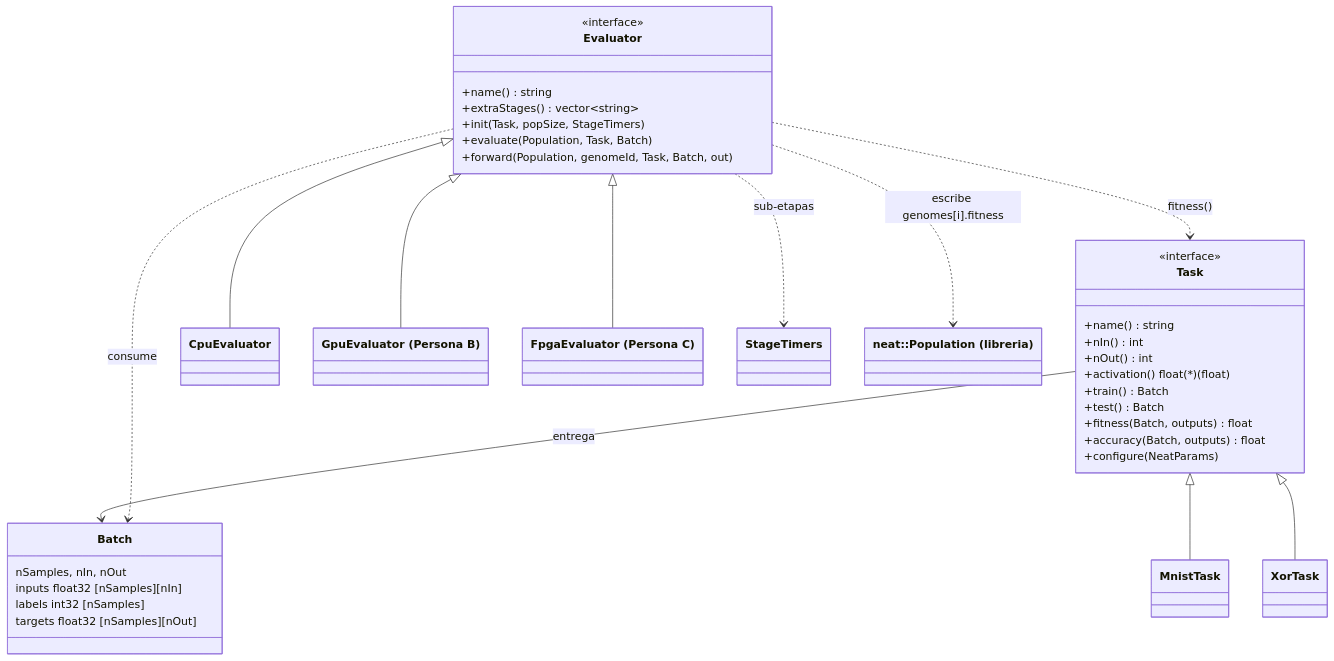
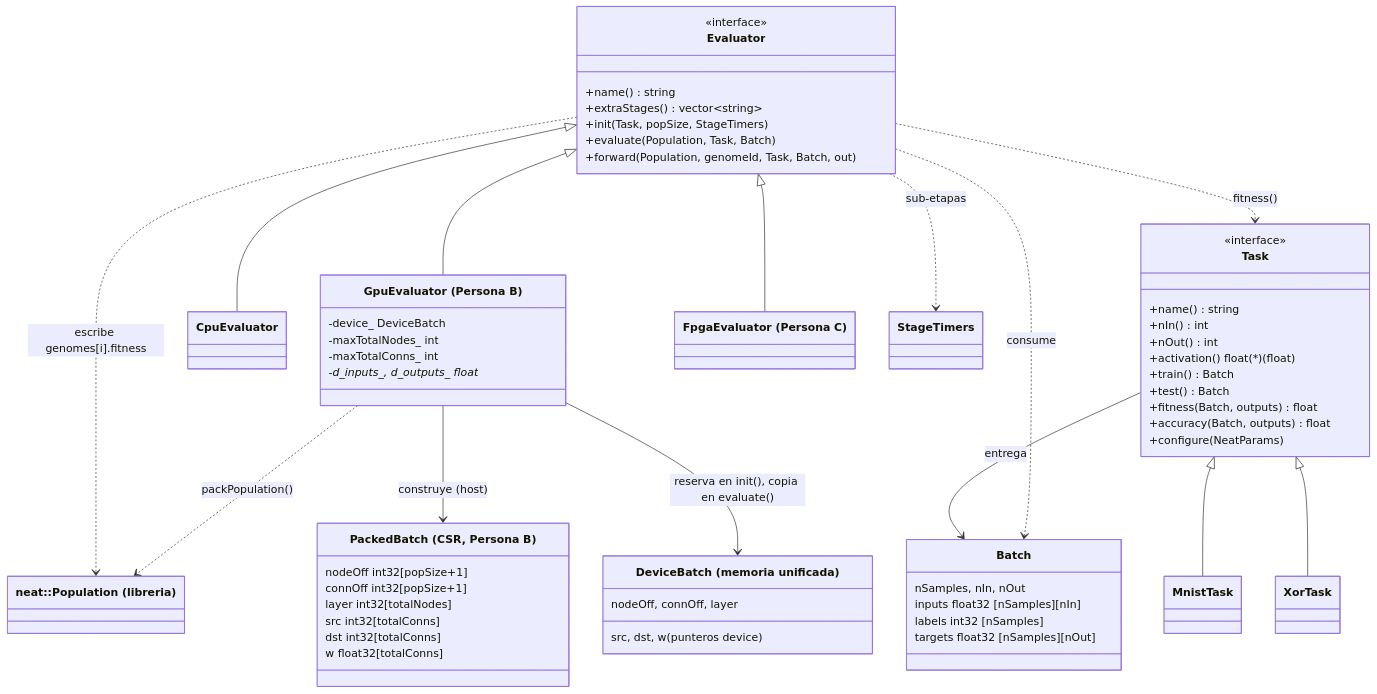
Before and after one commit to 3273B4N/ProyectoFinalHeterogeneos: the first of 3 diagrams in examples/neuroevo/docs/ARQUITECTURA.md, drawn with Mermaid. The commit also changed other lines of this file, not shown here.

Commit message:
docs: add GpuEvaluator internal flow and file map entries to ARQUITECTURA.md
Added GpuEvaluator and DeviceBatch classes with memory management details.

````diff
--- a/examples/neuroevo/docs/ARQUITECTURA.md
+++ b/examples/neuroevo/docs/ARQUITECTURA.md
@@ -8,47 +8,67 @@
 ```mermaid
 classDiagram
     class Task {
         <<interface>>
         +name() string
         +nIn() int
         +nOut() int
         +activation() float(*)(float)
         +train() Batch
         +test() Batch
         +fitness(Batch, outputs) float
         +accuracy(Batch, outputs) float
         +configure(NeatParams)
     }
     class Evaluator {
         <<interface>>
         +name() string
         +extraStages() vector~string~
         +init(Task, popSize, StageTimers)
         +evaluate(Population, Task, Batch)
         +forward(Population, genomeId, Task, Batch, out)
     }
     class Batch {
         nSamples, nIn, nOut
         inputs float32 [nSamples][nIn]
         labels int32 [nSamples]
         targets float32 [nSamples][nOut]
     }
     class MnistTask
     class XorTask
     class CpuEvaluator
-    class GpuEvaluator["GpuEvaluator (Persona B)"]
+    class GpuEvaluator["GpuEvaluator (Persona B)"] {
+        -device_ DeviceBatch
+        -maxTotalNodes_ int
+        -maxTotalConns_ int
+        -d_inputs_, d_outputs_ float*
+    }
     class FpgaEvaluator["FpgaEvaluator (Persona C)"]
     class StageTimers
     class Population["neat::Population (libreria)"]
+    class PackedBatch["PackedBatch (CSR, Persona B)"] {
+        nodeOff int32[popSize+1]
+        connOff int32[popSize+1]
+        layer int32[totalNodes]
+        src int32[totalConns]
+        dst int32[totalConns]
+        w float32[totalConns]
+    }
+    class DeviceBatch["DeviceBatch (memoria unificada)"] {
+        nodeOff, connOff, layer
+        src, dst, w (punteros device)
+    }
 
     Task <|-- MnistTask
     Task <|-- XorTask
     Evaluator <|-- CpuEvaluator
     Evaluator <|-- GpuEvaluator
     Evaluator <|-- FpgaEvaluator
     Task --> Batch : entrega
     Evaluator ..> Batch : consume
     Evaluator ..> Task : fitness()
     Evaluator ..> Population : escribe genomes[i].fitness
     Evaluator ..> StageTimers : sub-etapas
+    GpuEvaluator ..> Population : packPopulation()
+    GpuEvaluator --> PackedBatch : construye (host)
+    GpuEvaluator --> DeviceBatch : reserva en init(), copia en evaluate()
 ```
````
